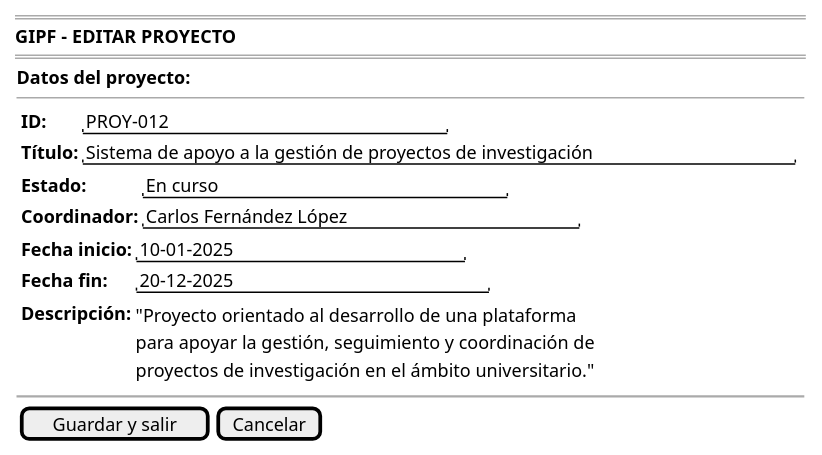
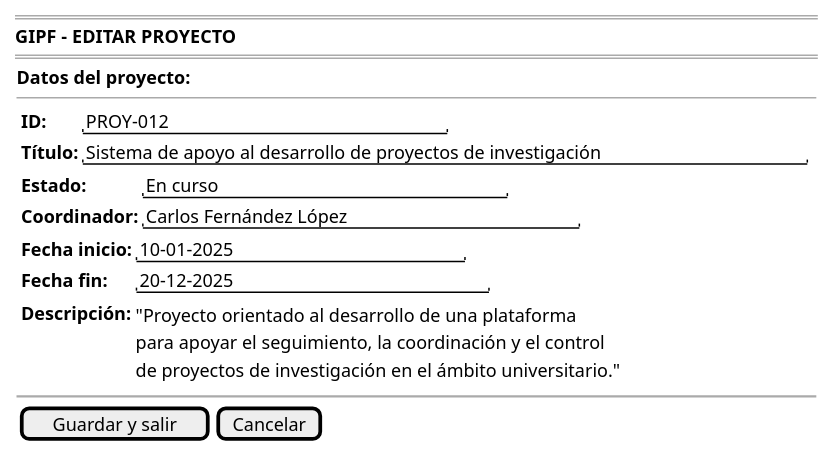
One commit to 31Diego/25-26-IdSw1-SdR changed the diagram in documents/casosDeUso/detalle/coordinador/02-gestion-proyectos/editarProyecto/prototipo/prototipo.puml. Above: the diagram before and after it, drawn with PlantUML. The commit also changed 38 other files, not shown here.

```diff
--- a/documents/casosDeUso/detalle/coordinador/02-gestion-proyectos/editarProyecto/prototipo/prototipo.puml
+++ b/documents/casosDeUso/detalle/coordinador/02-gestion-proyectos/editarProyecto/prototipo/prototipo.puml
@@ -1,29 +1,30 @@
 @startsalt editarProyecto-wireframe
 {
     ====
     <b>GIPF - EDITAR PROYECTO</b>
     ====
     {
         <b>Datos del proyecto:</b>
         --
         {
             {
             {<b>ID:</b> | "PROY-012                      "
-            <b>Título:</b> | "Sistema de apoyo a la gestión de proyectos de investigación"}
+            <b>Título:</b> | "Sistema de apoyo al desarrollo de proyectos de investigación"}
             {<b>Estado:</b> | "En curso                      "
             <b>Coordinador:</b> | "Carlos Fernández López              "}
             {<b>Fecha inicio:</b> | "10-01-2025                 "
             <b>Fecha fin:</b> | "20-12-2025                   "}
             {<b>Descripción:</b> |
                 {"Proyecto orientado al desarrollo de una plataforma
-                para apoyar la gestión, seguimiento y coordinación de
-                proyectos de investigación en el ámbito universitario."}}
+                para apoyar el seguimiento, la coordinación y el control
+                de proyectos de investigación en el ámbito universitario."}
+            }
             }
         }
 
         ~~
 
         {[Guardar y salir] | | [Cancelar]}
     }
 }
 @endsalt
```
